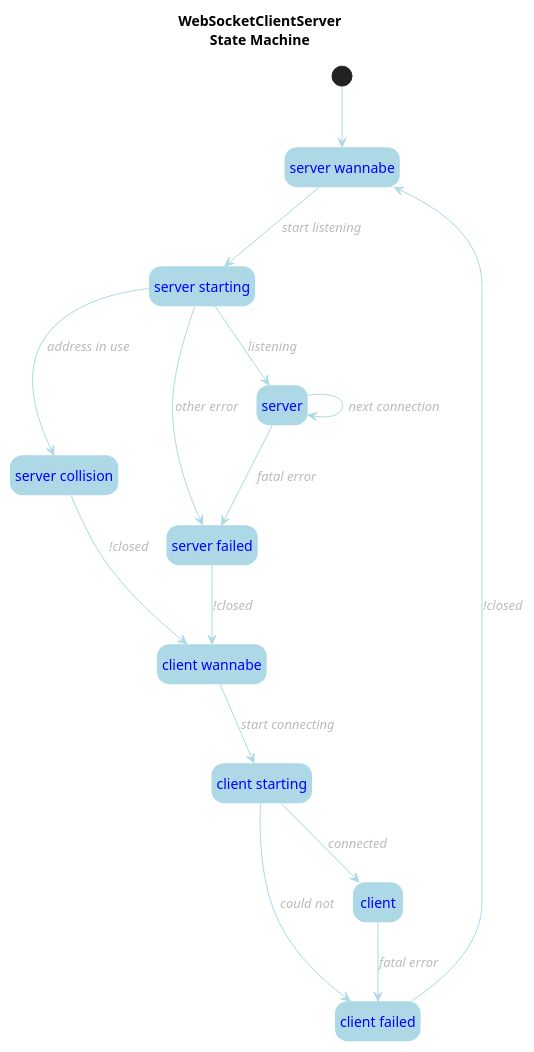
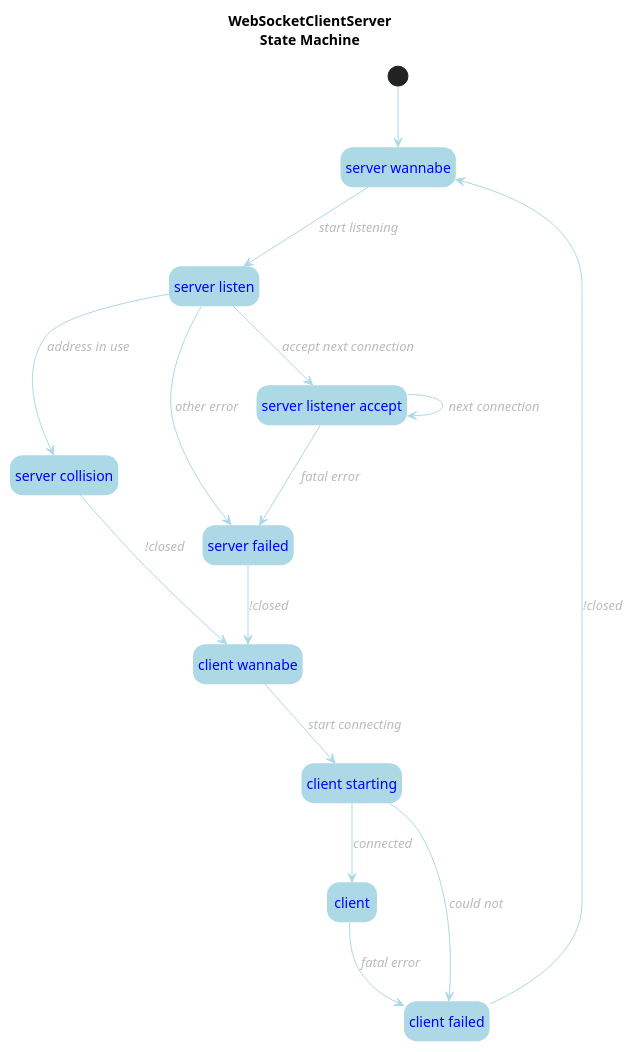
The diagram in src/client-server-state.puml (hugojosefson/deno-websocket-broadcastchannel), drawn with PlantUML before and after one commit. The commit also changed 1 other file, not shown here.

```diff
--- a/src/client-server-state.puml
+++ b/src/client-server-state.puml
@@ -1,31 +1,32 @@
 @startuml
 hide empty description
 skinparam ArrowFontColor #bbb
 skinparam ArrowFontStyle italic
 skinparam ArrowColor lightblue
 skinparam StateFontColor blue
 skinparam StateBackgroundColor lightblue
 skinparam StateBorderColor none
 title "WebSocketClientServer\nState Machine"
 state "server wannabe" as server_wannabe
-state "server starting" as server_starting
+state "server listen" as server_listen
+state "server listener accept" as server_listener_accept
 state "server collision" as server_collision
 state "server failed" as server_failed
 state "client wannabe" as client_wannabe
 state "client starting" as client_starting
 state "client failed" as client_failed
 [*] --> server_wannabe
-server_wannabe --> server_starting: start listening
-server_starting --> server_collision: address in use
-server_starting --> server: listening
-server_starting --> server_failed: other error
-server --> server: next connection
-server --> server_failed: fatal error
+server_wannabe --> server_listen: start listening
+server_listen --> server_collision: address in use
+server_listen --> server_listener_accept: accept next connection
+server_listen --> server_failed: other error
+server_listener_accept --> server_listener_accept: next connection
+server_listener_accept --> server_failed: fatal error
 server_collision --> client_wannabe: !closed
 server_failed --> client_wannabe: !closed
 client_wannabe --> client_starting: start connecting
 client_starting --> client: connected
 client_starting --> client_failed: could not
 client --> client_failed: fatal error
 client_failed --> server_wannabe: !closed
 @enduml
```
